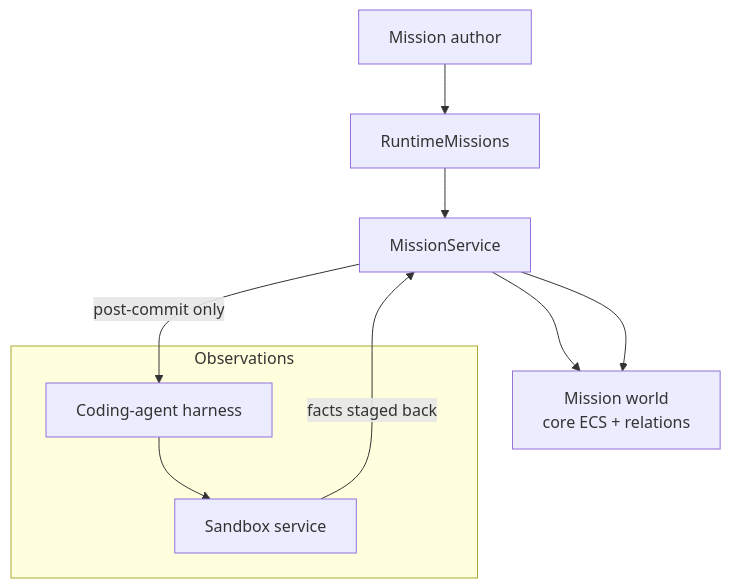
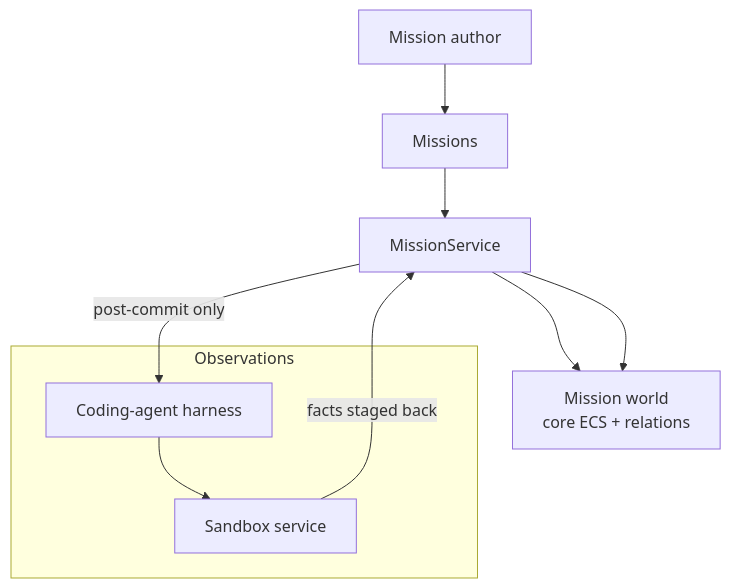
Before and after one commit to VangelisTech/archetype: the first of 4 diagrams in docs/guide/agent-missions.md, drawn with Mermaid. The commit also changed other lines of this file and 430 other files, not shown here.

````diff
--- a/docs/guide/agent-missions.md
+++ b/docs/guide/agent-missions.md
@@ -21,16 +21,16 @@
 ```mermaid
 graph TB
-    Author["Mission author"] --> RT["RuntimeMissions"]
+    Author["Mission author"] --> RT["Missions"]
     RT --> App["MissionService"]
     App --> World["Mission world<br/>core ECS + relations"]
 
     subgraph "Observations"
         Agent["Coding-agent harness"]
         Sandbox["Sandbox service"]
     end
 
     App -->|"post-commit only"| Agent
     Agent --> Sandbox
     Sandbox -->|"facts staged back"| App
     App --> World
 ```
````
